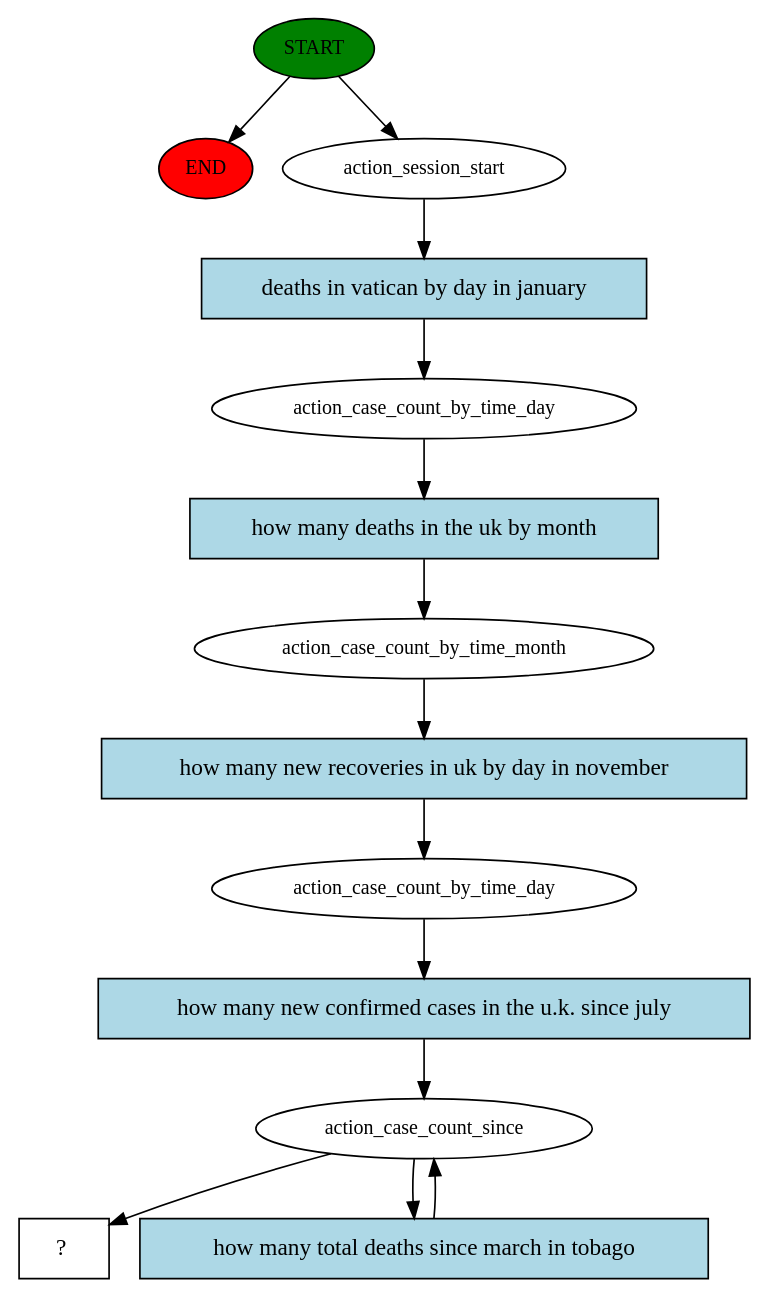
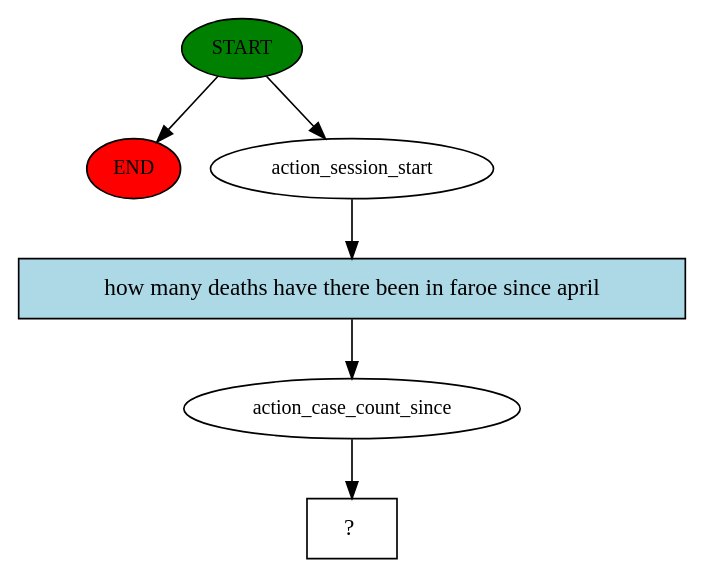
Before and after one commit to gmeisinger/chatbot: the diagram in rasa/story_graph.dot, drawn with Graphviz. The commit also changed 4 other files, not shown here.

```diff
--- a/rasa/story_graph.dot
+++ b/rasa/story_graph.dot
@@ -1,28 +1,13 @@
 digraph  {
 0 [class="start active", fillcolor=green, fontsize=12, label=START, style=filled];
 "-1" [class=end, fillcolor=red, fontsize=12, label=END, style=filled];
 1 [class=active, fontsize=12, label=action_session_start];
-2 [class=active, fontsize=12, label=action_case_count_by_time_day];
-3 [class=active, fontsize=12, label=action_case_count_by_time_month];
-4 [class=active, fontsize=12, label=action_case_count_by_time_day];
-5 [class=active, fontsize=12, label=action_case_count_since];
-10 [class="intent dashed active", label="  ?  ", shape=rect];
-11 [class="intent active", fillcolor=lightblue, label="deaths in vatican by day in january", shape=rect, style=filled];
-12 [class="intent active", fillcolor=lightblue, label="how many deaths in the uk by month", shape=rect, style=filled];
-13 [class="intent active", fillcolor=lightblue, label="how many new recoveries in uk by day in november", shape=rect, style=filled];
-14 [class="intent active", fillcolor=lightblue, label="how many new confirmed cases in the u.k. since july", shape=rect, style=filled];
-15 [class="intent active", fillcolor=lightblue, label="how many total deaths since march in tobago", shape=rect, style=filled];
+2 [class=active, fontsize=12, label=action_case_count_since];
+3 [class="intent dashed active", label="  ?  ", shape=rect];
+4 [class="intent active", fillcolor=lightblue, label="how many deaths have there been in faroe since april", shape=rect, style=filled];
 0 -> "-1"  [class="", key=NONE, label=""];
 0 -> 1  [class=active, key=NONE, label=""];
-1 -> 11  [class=active, key=0];
-2 -> 12  [class=active, key=0];
-3 -> 13  [class=active, key=0];
-4 -> 14  [class=active, key=0];
-5 -> 10  [class=active, key=NONE, label=""];
-5 -> 15  [class=active, key=0];
-11 -> 2  [class=active, key=0];
-12 -> 3  [class=active, key=0];
-13 -> 4  [class=active, key=0];
-14 -> 5  [class=active, key=0];
-15 -> 5  [class=active, key=0];
+1 -> 4  [class=active, key=0];
+2 -> 3  [class=active, key=NONE, label=""];
+4 -> 2  [class=active, key=0];
 }
```
